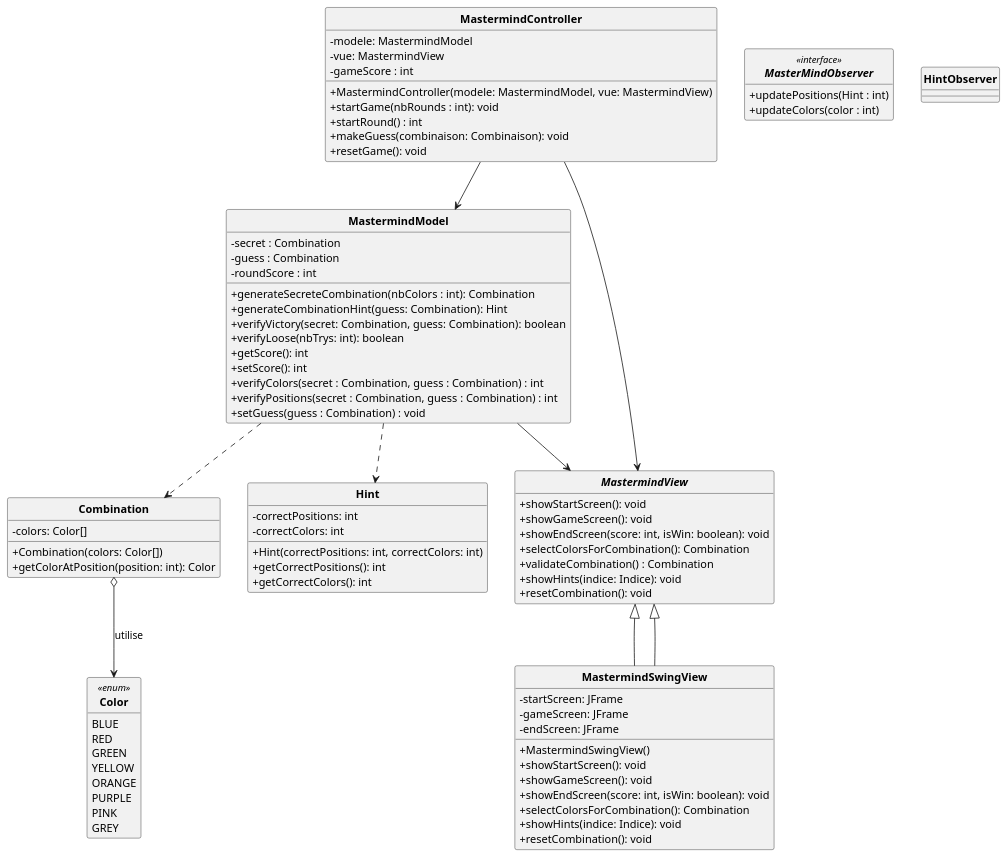
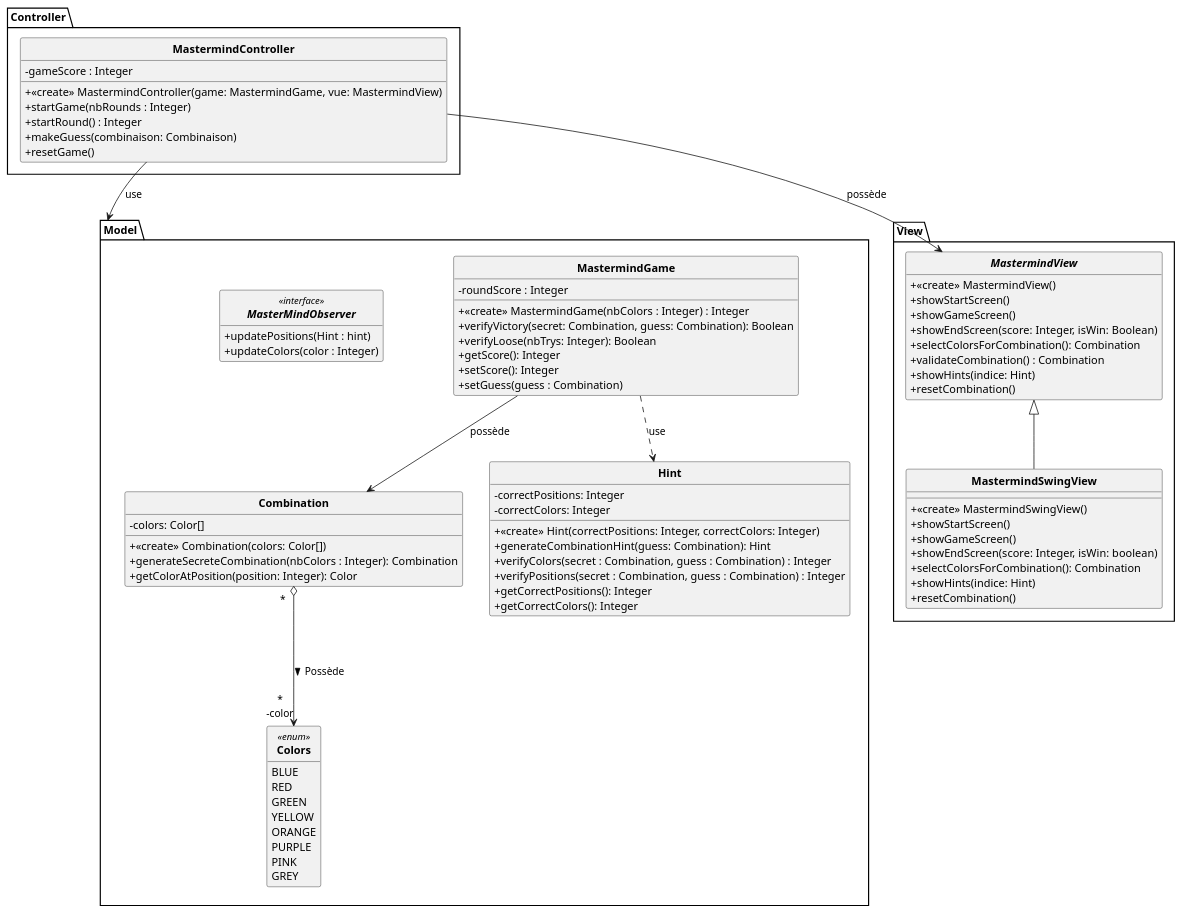
One commit to Taijin4/Mastermind changed the diagram in DCC.puml. Above: the diagram before and after it, drawn with PlantUML. The commit also changed 2 other files, not shown here.

Commit message:
Modification du DCC Modification du MastermindController.java et MastermindGame.java (anciennement MastermindModel.java)

```diff
--- a/DCC.puml
+++ b/DCC.puml
@@ -1,101 +1,102 @@
 @startuml
 
 skinparam style strictuml
 skinparam classAttributeIconSize 0
 skinparam classFontStyle Bold
 hide enum methods
 hide interface attributes
 
-class MastermindModel {
-    - secret : Combination
-    - guess : Combination
-    - roundScore : int
-    + generateSecreteCombination(nbColors : int): Combination
-    + generateCombinationHint(guess: Combination): Hint
-    + verifyVictory(secret: Combination, guess: Combination): boolean
-    + verifyLoose(nbTrys: int): boolean
-    + getScore(): int
-    + setScore(): int
-    + verifyColors(secret : Combination, guess : Combination) : int
-    + verifyPositions(secret : Combination, guess : Combination) : int
-    + setGuess(guess : Combination) : void
-}
+package Model {
 
-class Combination {
-    - colors: Color[]
-    + Combination(colors: Color[])
-    + getColorAtPosition(position: int): Color
-}
+    class MastermindGame {
+        - roundScore : Integer
+        + <<create>> MastermindGame(nbColors : Integer) : Integer
+        + verifyVictory(secret: Combination, guess: Combination): Boolean
+        + verifyLoose(nbTrys: Integer): Boolean
+        + getScore(): Integer
+        + setScore(): Integer
+        + setGuess(guess : Combination)
+    }
 
-interface MasterMindObserver <<interface>>{
-    + updatePositions(Hint : int)
-    + updateColors(color : int)
-    +
-}
+    class Combination {
+        - colors: Color[]
+        + <<create>> Combination(colors: Color[])
+        + generateSecreteCombination(nbColors : Integer): Combination
+        + getColorAtPosition(position: Integer): Color
+    }
 
-enum Color <<enum>>{
-    BLUE
-    RED
-    GREEN
-    YELLOW
-    ORANGE
-    PURPLE
-    PINK
-    GREY
-}
+    class Hint {
+        - correctPositions: Integer
+        - correctColors: Integer
+        + <<create>> Hint(correctPositions: Integer, correctColors: Integer)
+        + generateCombinationHint(guess: Combination): Hint
+        + verifyColors(secret : Combination, guess : Combination) : Integer
+        + verifyPositions(secret : Combination, guess : Combination) : Integer
+        + getCorrectPositions(): Integer
+        + getCorrectColors(): Integer
+    }
 
-class HintObserver{
+    enum Colors <<enum>>{
+        BLUE
+        RED
+        GREEN
+        YELLOW
+        ORANGE
+        PURPLE
+        PINK
+        GREY
+    }
+
+    interface MasterMindObserver <<interface>>{
+        + updatePositions(Hint : hint)
+        + updateColors(color : Integer)
+    }
 
 }
 
-class Hint {
-    - correctPositions: int
-    - correctColors: int
-    + Hint(correctPositions: int, correctColors: int)
-    + getCorrectPositions(): int
-    + getCorrectColors(): int
+
+package View {
+
+    interface MastermindView {
+        + <<create>> MastermindView()
+        + showStartScreen()
+        + showGameScreen()
+        + showEndScreen(score: Integer, isWin: Boolean)
+        + selectColorsForCombination(): Combination
+        + validateCombination() : Combination
+        + showHints(indice: Hint)
+        + resetCombination()
+    }
+
+    class MastermindSwingView extends MastermindView{
+        + <<create>> MastermindSwingView()
+        + showStartScreen()
+        + showGameScreen()
+        + showEndScreen(score: Integer, isWin: boolean)
+        + selectColorsForCombination(): Combination
+        + showHints(indice: Hint)
+        + resetCombination()
+    }
+
 }
 
-interface MastermindView {
-    + showStartScreen(): void
-    + showGameScreen(): void
-    + showEndScreen(score: int, isWin: boolean): void
-    + selectColorsForCombination(): Combination
-    + validateCombination() : Combination
-    + showHints(indice: Indice): void
-    + resetCombination(): void
+package Controller {
+
+    class MastermindController {
+        - gameScore : Integer
+        + <<create>> MastermindController(game: MastermindGame, vue: MastermindView)
+        + startGame(nbRounds : Integer)
+        + startRound() : Integer
+        + makeGuess(combinaison: Combinaison)
+        + resetGame()
+    }
+
 }
 
-class MastermindSwingView extends MastermindView{
-    - startScreen: JFrame
-    - gameScreen: JFrame
-    - endScreen: JFrame
-    + MastermindSwingView()
-    + showStartScreen(): void
-    + showGameScreen(): void
-    + showEndScreen(score: int, isWin: boolean): void
-    + selectColorsForCombination(): Combination
-    + showHints(indice: Indice): void
-    + resetCombination(): void
-}
-
-class MastermindController {
-    - modele: MastermindModel
-    - vue: MastermindView
-    - gameScore : int
-    + MastermindController(modele: MastermindModel, vue: MastermindView)
-    + startGame(nbRounds : int): void
-    + startRound() : int
-    + makeGuess(combinaison: Combinaison): void
-    + resetGame(): void
-}
-
-MastermindModel ..> Combination
-MastermindModel ..> Hint
-MastermindModel --> MastermindView
-MastermindView <|-- MastermindSwingView
-MastermindController --> MastermindModel
-MastermindController --> MastermindView
-Combination o--> Color : utilise
+MastermindGame ..> Hint : use
+MastermindGame --> Combination : possède
+MastermindController -->  Model : use
+MastermindController --> MastermindView : possède
+Combination " *   " o---> "*\n-color" Colors : Possède >
 
 @enduml
```
